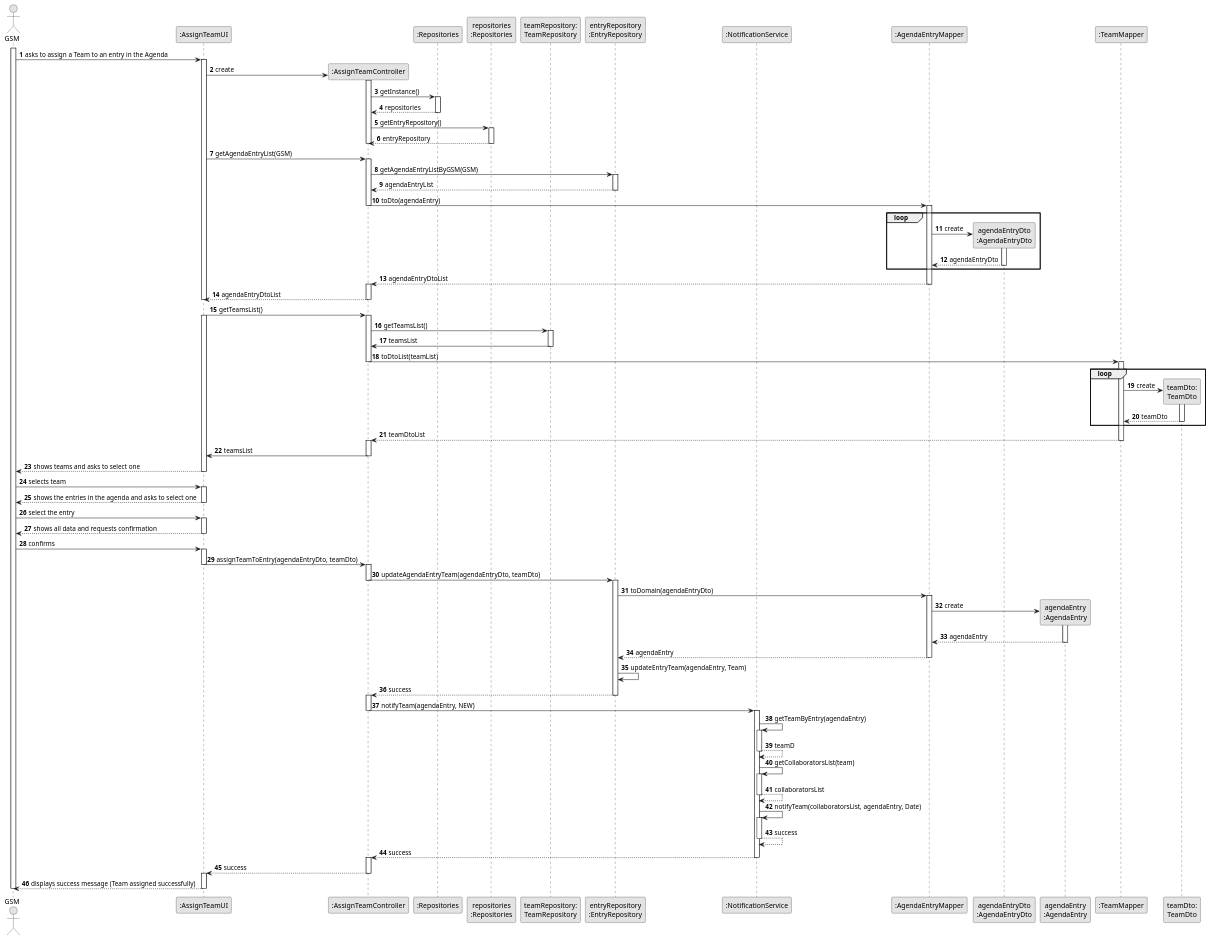
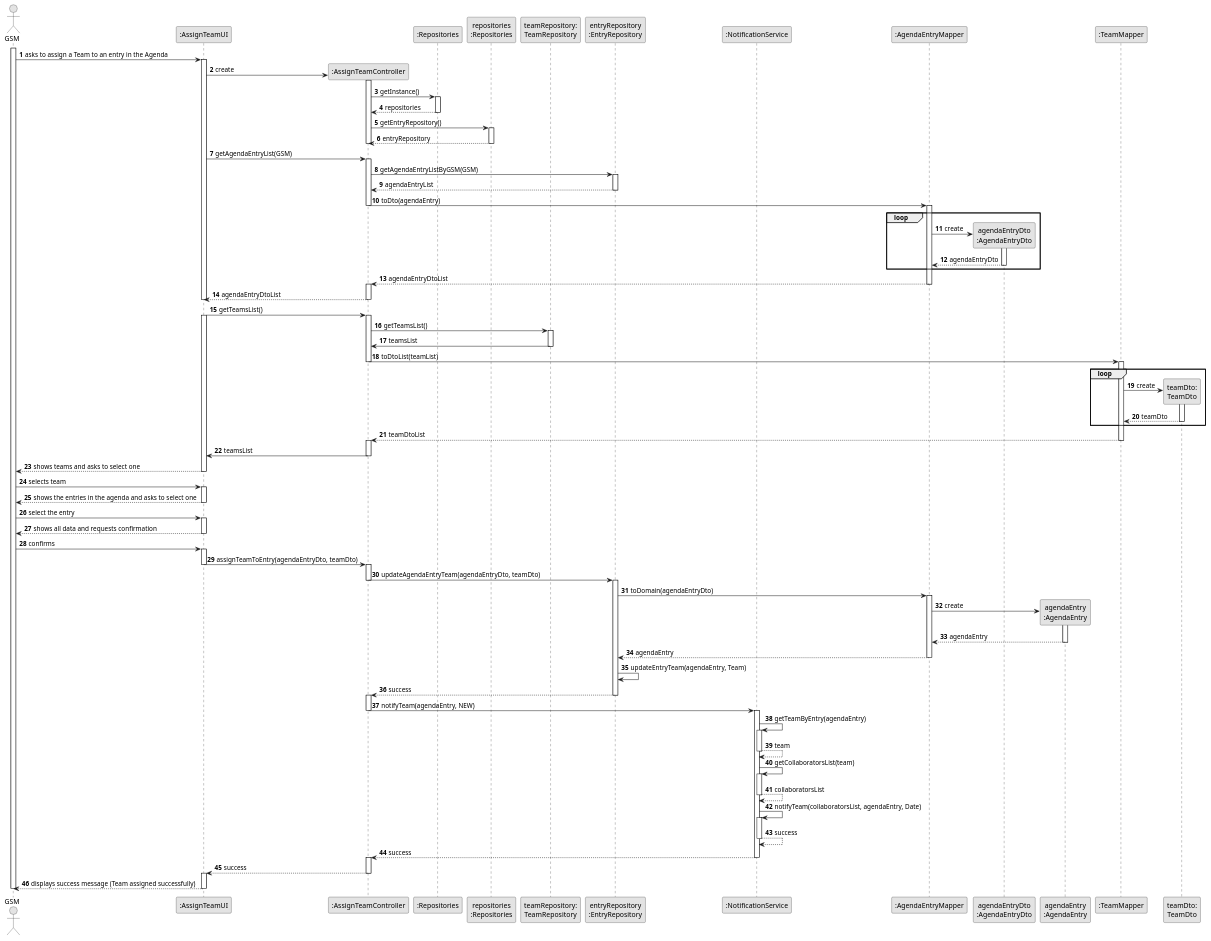
One commit to ricardomm7/leaflink changed the diagram in docs/sprintC/us023/03.design/puml/us023-sequence-diagram-full.puml. Above: the diagram before and after it, drawn with PlantUML. The commit also changed 6 other files, not shown here.

Commit message:
Correct US24 and US29 Sequence Diagram and Readme.md file

```diff
--- a/docs/sprintC/us023/03.design/puml/us023-sequence-diagram-full.puml
+++ b/docs/sprintC/us023/03.design/puml/us023-sequence-diagram-full.puml
@@ -2,189 +2,189 @@
 @startuml
 skinparam monochrome true
 skinparam packageStyle rectangle
 skinparam shadowing false
 
 'title System Sequence Diagram (SSD) - US006
 
 autonumber
 
 actor "GSM" as GSM
 participant ":AssignTeamUI" as UI
 participant ":AssignTeamController" as CTRL
 participant ":Repositories" as RepositorySingleton
 participant "repositories\n:Repositories" as PLAT
 participant "teamRepository:\nTeamRepository" as TeamRepository
 participant "entryRepository\n:EntryRepository" as EntryRepo
 participant ":NotificationService" as NotificationService
 participant ":AgendaEntryMapper" as AgendaEntryMapper
 participant "agendaEntryDto\n:AgendaEntryDto" as AgendaEntryDto
 participant "agendaEntry\n:AgendaEntry" as AgendaEntry
 participant ":TeamMapper" as teamMapper
 participant "teamDto:\nTeamDto" as teamDto
 
 activate GSM
 
     GSM -> UI : asks to assign a Team to an entry in the Agenda
     activate UI
 
         UI -> CTRL** : create
                 activate CTRL
 
                     CTRL -> RepositorySingleton : getInstance()
                     activate RepositorySingleton
 
                         RepositorySingleton --> CTRL : repositories
                     deactivate RepositorySingleton
 
                     CTRL -> PLAT : getEntryRepository()
                     activate PLAT
 
                         PLAT --> CTRL : entryRepository
                     deactivate PLAT
 
                      deactivate CTRL
 
 
         UI -> CTRL: getAgendaEntryList(GSM)
                 activate CTRL
 
                     CTRL -> EntryRepo: getAgendaEntryListByGSM(GSM)
                     activate EntryRepo
 
                     EntryRepo --> CTRL: agendaEntryList
                     deactivate EntryRepo
 
                     CTRL -> AgendaEntryMapper : toDto(agendaEntry)
                     deactivate CTRL
                     activate AgendaEntryMapper
 
                     loop
                         AgendaEntryMapper -> AgendaEntryDto** : create
                         activate AgendaEntryDto
 
                         AgendaEntryDto --> AgendaEntryMapper : agendaEntryDto
                         deactivate AgendaEntryDto
                     end
 
                     AgendaEntryMapper --> CTRL : agendaEntryDtoList
                     deactivate AgendaEntryMapper
                     activate CTRL
 
 
                 CTRL --> UI : agendaEntryDtoList
                 deactivate CTRL
                 deactivate UI
 
         UI -> CTRL : getTeamsList()
                 activate UI
                 activate CTRL
 
                 CTRL -> TeamRepository : getTeamsList()
                 activate TeamRepository
 
                 TeamRepository -> CTRL : teamsList
                 deactivate TeamRepository
 
                 CTRL -> teamMapper: toDtoList(teamList)
                 deactivate CTRL
                 activate teamMapper
 
                     loop
 
                     teamMapper -> teamDto**: create
                     activate teamDto
 
                     teamDto --> teamMapper: teamDto
                     deactivate teamDto
 
                     end loop
 
 
                 teamMapper --> CTRL: teamDtoList
                 deactivate teamMapper
                 activate CTRL
 
                 CTRL -> UI : teamsList
                 deactivate CTRL
 
         UI --> GSM : shows teams and asks to select one
         deactivate UI
 
     GSM -> UI : selects team
     activate UI
 
     UI --> GSM : shows the entries in the agenda and asks to select one
     deactivate UI
 
     GSM -> UI: select the entry
     activate UI
 
     UI --> GSM : shows all data and requests confirmation
     deactivate UI
 
     GSM -> UI: confirms
     activate UI
 
         UI -> CTRL : assignTeamToEntry(agendaEntryDto, teamDto)
                 deactivate UI
                 activate CTRL
 
 
                     CTRL -> EntryRepo : updateAgendaEntryTeam(agendaEntryDto, teamDto)
                     deactivate CTRL
                     activate EntryRepo
 
                     EntryRepo -> AgendaEntryMapper : toDomain(agendaEntryDto)
                     activate AgendaEntryMapper
 
                         AgendaEntryMapper -> AgendaEntry** : create
                         activate AgendaEntry
 
                         AgendaEntry --> AgendaEntryMapper : agendaEntry
                         deactivate AgendaEntry
 
                     AgendaEntryMapper --> EntryRepo : agendaEntry
                     deactivate AgendaEntryMapper
 
                         EntryRepo -> EntryRepo : updateEntryTeam(agendaEntry, Team)
 
                     EntryRepo --> CTRL : success
                     deactivate EntryRepo
                     activate CTRL
 
         CTRL -> NotificationService : notifyTeam(agendaEntry, NEW)
                     deactivate CTRL
                     activate NotificationService
 
                         NotificationService -> NotificationService : getTeamByEntry(agendaEntry)
                         activate NotificationService
 
-                        NotificationService --> NotificationService : teamD
+                        NotificationService --> NotificationService : team
                         deactivate NotificationService
 
                         NotificationService -> NotificationService : getCollaboratorsList(team)
                         activate NotificationService
 
                         NotificationService --> NotificationService : collaboratorsList
                         deactivate NotificationService
 
                         NotificationService -> NotificationService : notifyTeam(collaboratorsList, agendaEntry, Date)
                         activate NotificationService
 
                         NotificationService --> NotificationService : success
                         deactivate NotificationService
 
                         NotificationService --> CTRL : success
                         deactivate NotificationService
                 activate CTRL
 
         CTRL --> UI : success
         deactivate CTRL
         activate UI
 
     UI --> GSM : displays success message (Team assigned successfully)
     deactivate UI
 
 deactivate GSM
 
 @enduml
```
